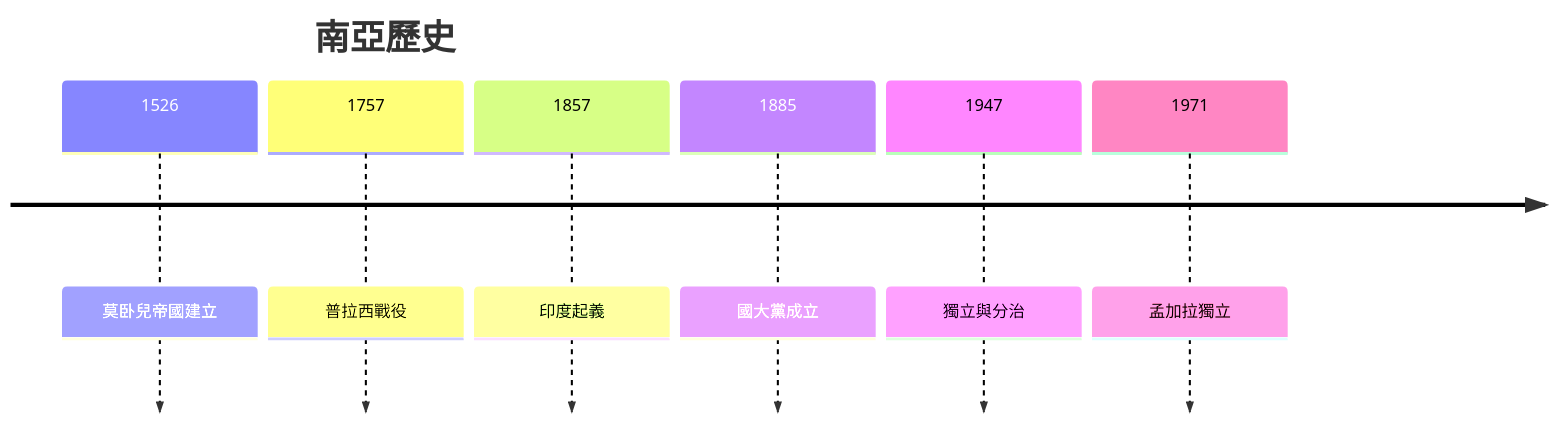
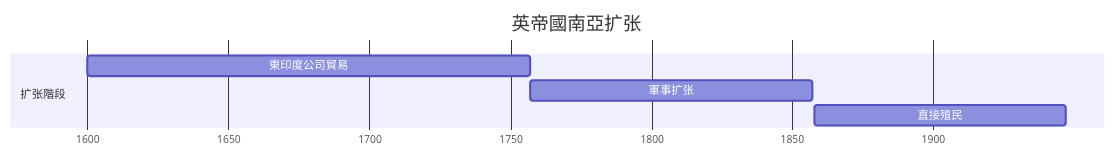
The sixth of 10 diagrams in 01_HKU_Courses/HIST2188_Making_modern_South_Asia.md (yip-lgtm/HKU-Harvard-History-Self-Study), drawn with Mermaid before and after one commit. The commit also changed other lines of this file and 7 other files, not shown here.

````diff
--- a/01_HKU_Courses/HIST2188_Making_modern_South_Asia.md
+++ b/01_HKU_Courses/HIST2188_Making_modern_South_Asia.md
@@ -84,10 +247,10 @@
 ```mermaid
-timeline
-    title 南亞歷史
-    1526 : 莫卧兒帝國建立
-    1757 : 普拉西戰役
-    1857 : 印度起義
-    1885 : 國大黨成立
-    1947 : 獨立與分治
-    1971 : 孟加拉獨立
+gantt
+    title 英帝國南亞扩张
+    dateFormat  YYYY
+    axisFormat  %Y
+    section 扩张階段
+    東印度公司貿易    :1600, 1757
+    軍事扩张    :1757, 1857
+    直接殖民    :1858, 1947
 ```
````
